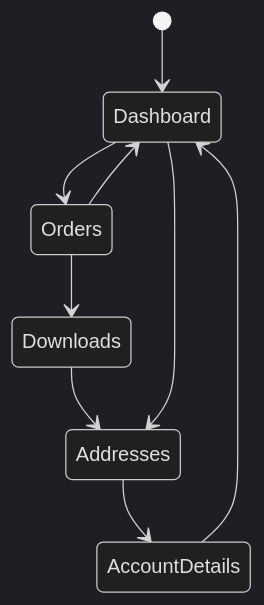
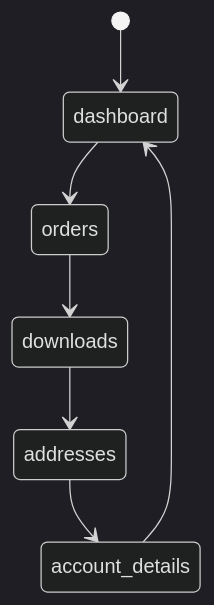
Before and after one commit to NguyenDinhDang/Docs-E-commerce: the eighth of 9 diagrams in 07-so-do-mermaid.md, drawn with Mermaid (dark theme). The commit also changed other lines of this file and 4 other files, not shown here.

````diff
--- a/07-so-do-mermaid.md
+++ b/07-so-do-mermaid.md
@@ -160,13 +100,9 @@
 ```mermaid
 stateDiagram-v2
-    [*] --> Dashboard
-
-    Dashboard --> Orders
-    Orders --> Downloads
-    Downloads --> Addresses
-    Addresses --> AccountDetails
-    AccountDetails --> Dashboard
-
-    Orders --> Dashboard
-    Dashboard --> Addresses
+  [*] --> dashboard
+  dashboard --> orders
+  orders --> downloads
+  downloads --> addresses
+  addresses --> account_details
+  account_details --> dashboard
 ```
````
